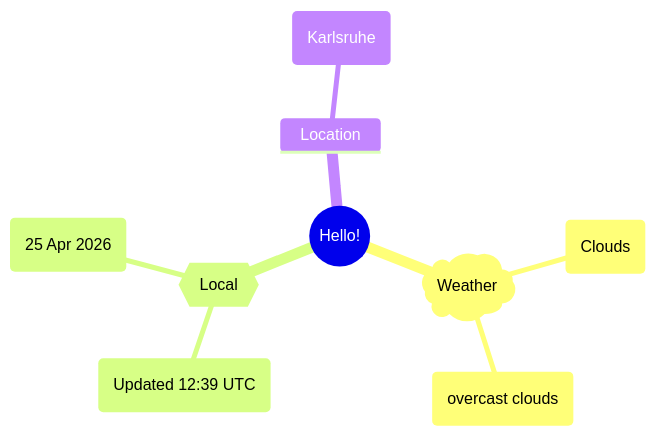
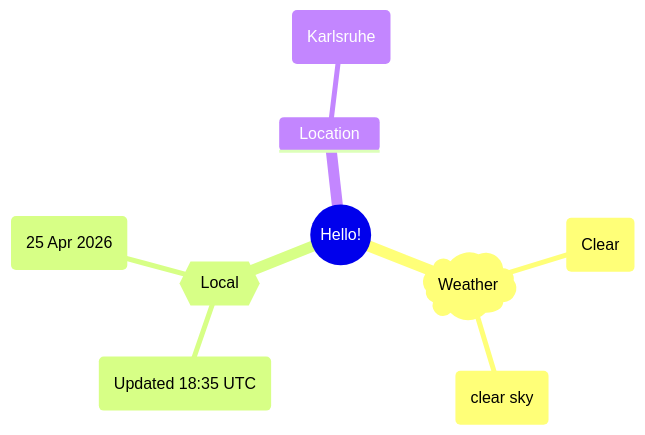
Before and after one commit to Xosrov/Xosrov: the first of 2 diagrams in README.md, drawn with Mermaid.

Commit message:
[bot] updated images

````diff
--- a/README.md
+++ b/README.md
@@ -3,12 +3,12 @@
 ```mermaid
 mindmap
   root((Hello!))
     )Weather(
-        (Clouds)
-        (overcast clouds)
+        (Clear)
+        (clear sky)
     {{Local}}
-        (Updated 12:39 UTC)
+        (Updated 18:35 UTC)
         (25 Apr 2026)
     Location
         (Karlsruhe)
 ```
````
